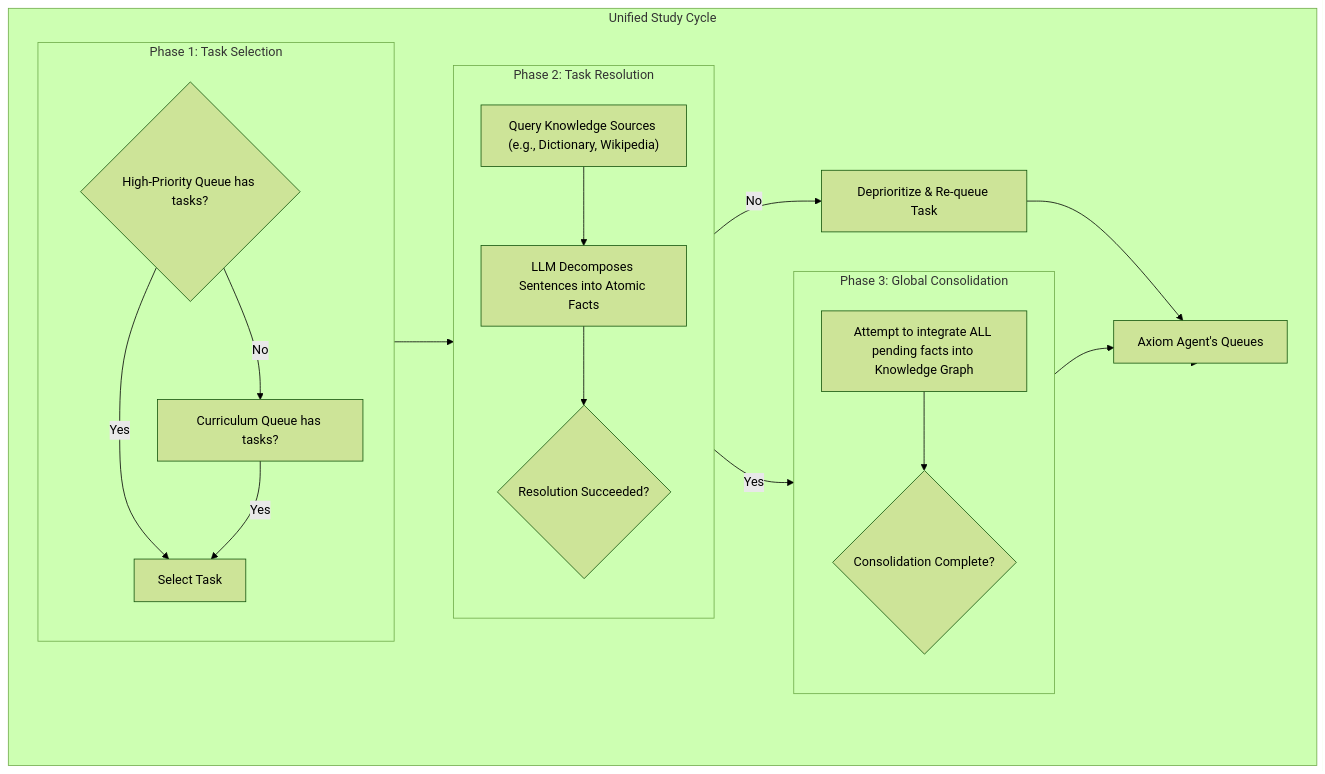
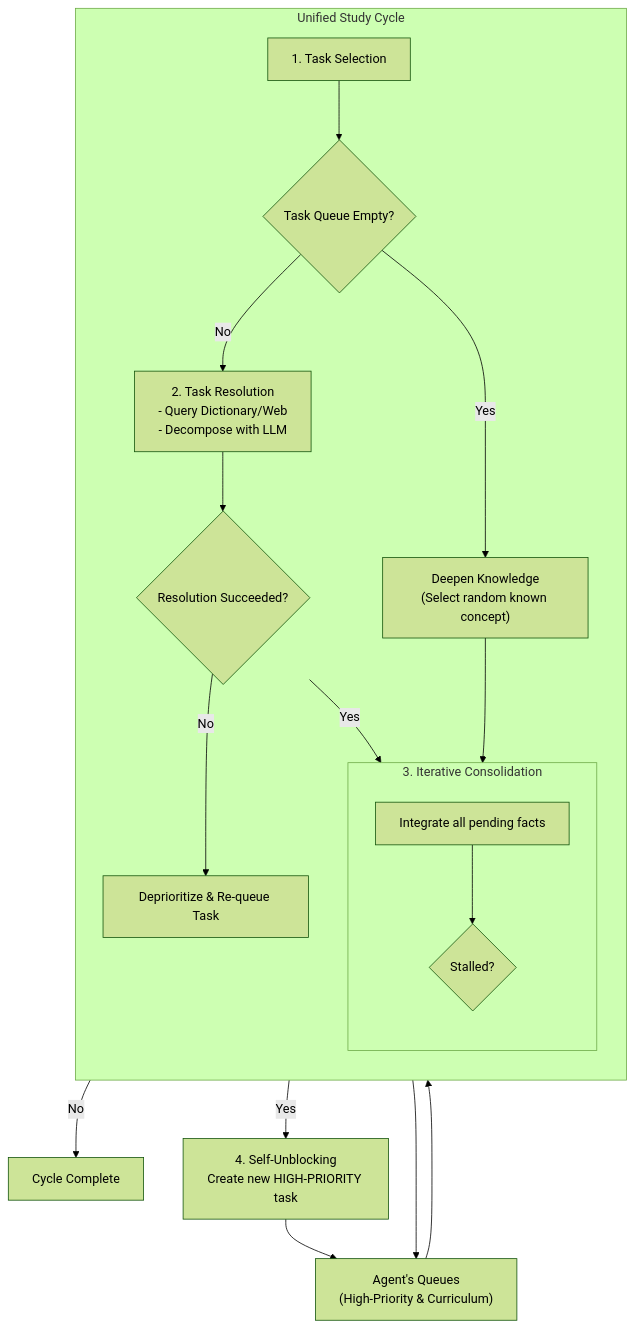
One commit to vicsanity623/Axiom-Agent changed the second of 5 diagrams in README.md. Above: the diagram before and after it, drawn with Mermaid. The commit also changed other lines of this file and 7 other files, not shown here.

````diff
--- a/README.md
+++ b/README.md
@@ -45,40 +59,33 @@
 ```mermaid
 %%{init: {"theme": "forest"}}%%
 flowchart TD
-    A["Axiom Agent's Queues"] --> B[Study Cycle]
+    A["Agent's Queues\n(High-Priority & Curriculum)"] --> B["1. Task Selection"]
     
-    subgraph B ["Unified Study Cycle"]
-        direction LR
+    subgraph StudyCycle["Unified Study Cycle"]
+        direction TB
         
-        subgraph Phase1 [Phase 1: Task Selection]
+        B --> C{"Task Queue Empty?"}
+        C -- No --> D["2. Task Resolution\n- Query Dictionary/Web\n- Decompose with LLM"]
+        C -- Yes --> E["Deepen Knowledge\n(Select random known concept)"]
+        
+        D --> F{"Resolution Succeeded?"}
+        F -- No --> G["Deprioritize & Re-queue Task"]
+        
+        subgraph ConsolidationLoop["3. Iterative Consolidation"]
             direction TB
-            T1{"High-Priority Queue has tasks?"}
-            T2["Curriculum Queue has tasks?"]
-            T3["Select Task"]
-            T1 -- No --> T2
-            T1 -- Yes --> T3
-            T2 -- Yes --> T3
-        end
-
-        subgraph Phase2 [Phase 2: Task Resolution]
-            direction TB
-            R1["Query Knowledge Sources (e.g., Dictionary, Wikipedia)"]
-            R2["LLM Decomposes Sentences into Atomic Facts"]
-            R3{Resolution Succeeded?}
-            R1 --> R2 --> R3
-        end
-
-        subgraph Phase3 [Phase 3: Global Consolidation]
-            direction TB
-            C1["Attempt to integrate ALL pending facts into Knowledge Graph"]
-            C2{Consolidation Complete?}
-            C1 --> C2
+            H["Integrate all pending facts"]
+            I{"Stalled?"}
+            H --> I
         end
         
-        Phase1 --> Phase2
-        R3 -- Yes --> Phase3
-        R3 -- No --> R4[Deprioritize & Re-queue Task]
-        R4 --> A
-        Phase3 --> A
+        F -- Yes --> ConsolidationLoop
+        E --> ConsolidationLoop
     end
+    
+    I -- No --> J["Cycle Complete"]
+    I -- Yes --> K["4. Self-Unblocking\nCreate new HIGH-PRIORITY task"]
+    
+    G --> A
+    K --> A
+
 ```
````
